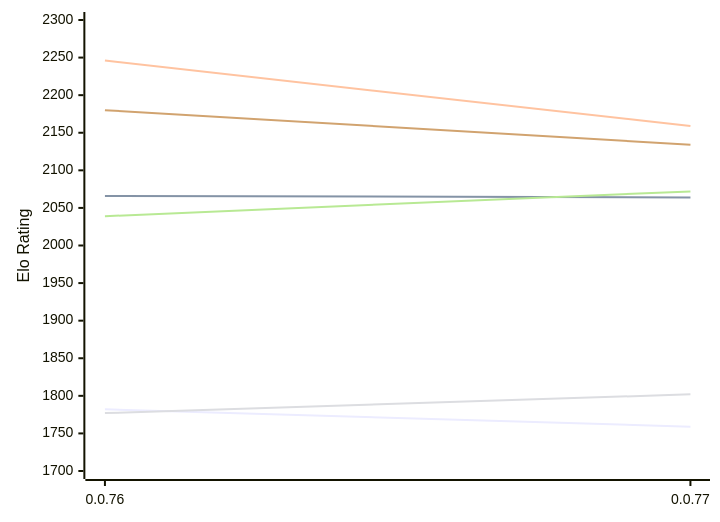
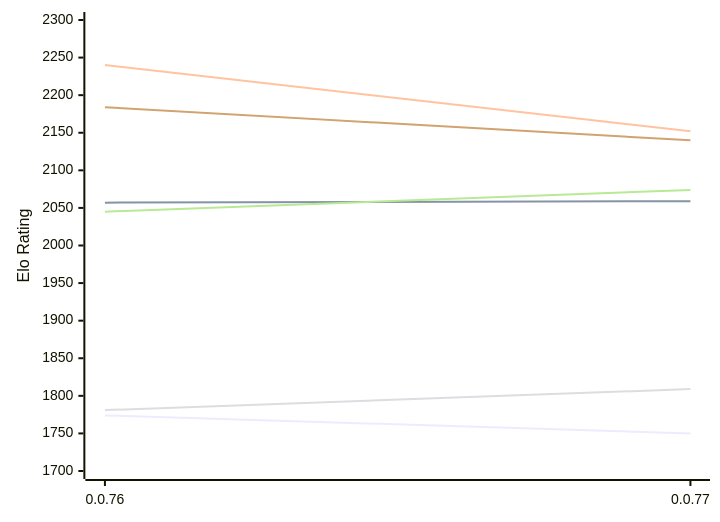
Before and after one commit to computer-chess-index/cci: the first of 2 diagrams in engines/Fktb.md, drawn with Mermaid. The commit also changed other lines of this file, not shown here.

Commit message:
Update CCI Ratings (ELO VLTC) - 2026-11-18

````diff
--- a/engines/Fktb.md
+++ b/engines/Fktb.md
@@ -50,12 +50,12 @@
 ```mermaid
 %%{init: {"theme":"base","themeVariables":{"seriesColors:['#a3a3a3','#222221','#faa371']}}}%%
 xychart-beta
   x-axis ["0.0.76", "0.0.77"]
   y-axis "Elo Rating" 1700 --> 2300
-  line "E1: STC (8.0+0.08s)" [1782, 1759]
-  line "E1: LTC (60.0+0.60s)" [2066, 2064]
-  line "E1: VLTC (2m24s+1.12s)" [2246, 2159]
-  line "P1: STC (8.0+0.08s)" [1777, 1802]
-  line "P1: LTC (60.0+0.60s)" [2039, 2072]
-  line "P1: VLTC (2m24s+1.12s)" [2180, 2134]
+  line "E1: STC (8.0+0.08s)" [1774, 1750]
+  line "E1: LTC (60.0+0.60s)" [2057, 2059]
+  line "E1: VLTC (2m24s+1.12s)" [2240, 2152]
+  line "P1: STC (8.0+0.08s)" [1781, 1809]
+  line "P1: LTC (60.0+0.60s)" [2045, 2074]
+  line "P1: VLTC (2m24s+1.12s)" [2184, 2140]
 ```
````
